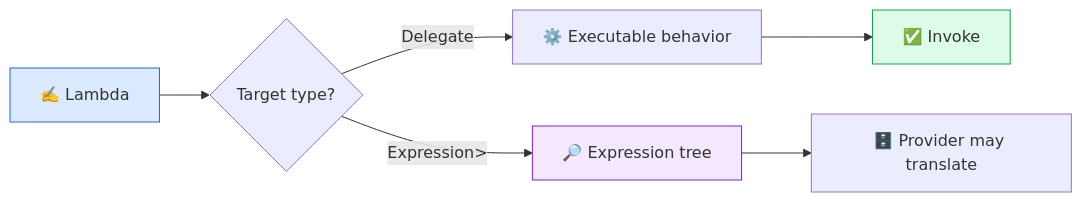
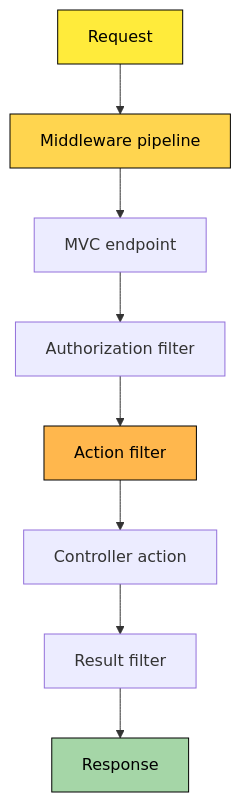
One commit to azam123/Engineering-Interview-Prep changed the fifth of 6 diagrams in 01A-CSharp-Internal-Working-Visual-QA.md. Above: the diagram before and after it, drawn with Mermaid. The commit also changed other lines of this file, not shown here.

````diff
--- a/01A-CSharp-Internal-Working-Visual-QA.md
+++ b/01A-CSharp-Internal-Working-Visual-QA.md
@@ -235,11 +245,14 @@
 ```mermaid
-flowchart LR
-    A[✍️ Lambda] --> B{Target type?}
-    B -- Delegate --> C[⚙️ Executable behavior]
-    B -- Expression<Func<...>> --> D[🔎 Expression tree]
-    C --> E[✅ Invoke]
-    D --> F[🗄️ Provider may translate]
-    style A fill:#dbeafe,stroke:#2563eb
-    style D fill:#f3e8ff,stroke:#7e22ce
-    style E fill:#dcfce7,stroke:#16a34a
+flowchart TD
+    A[Request] --> B[Middleware pipeline]
+    B --> C[MVC endpoint]
+    C --> D[Authorization filter]
+    D --> E[Action filter]
+    E --> F[Controller action]
+    F --> G[Result filter]
+    G --> H[Response]
+    style A fill:#ffeb3b,color:#000,stroke:#000
+    style B fill:#ffd54f,color:#000,stroke:#000
+    style E fill:#ffb74d,color:#000,stroke:#000
+    style H fill:#a5d6a7,color:#000,stroke:#000
 ```
````
